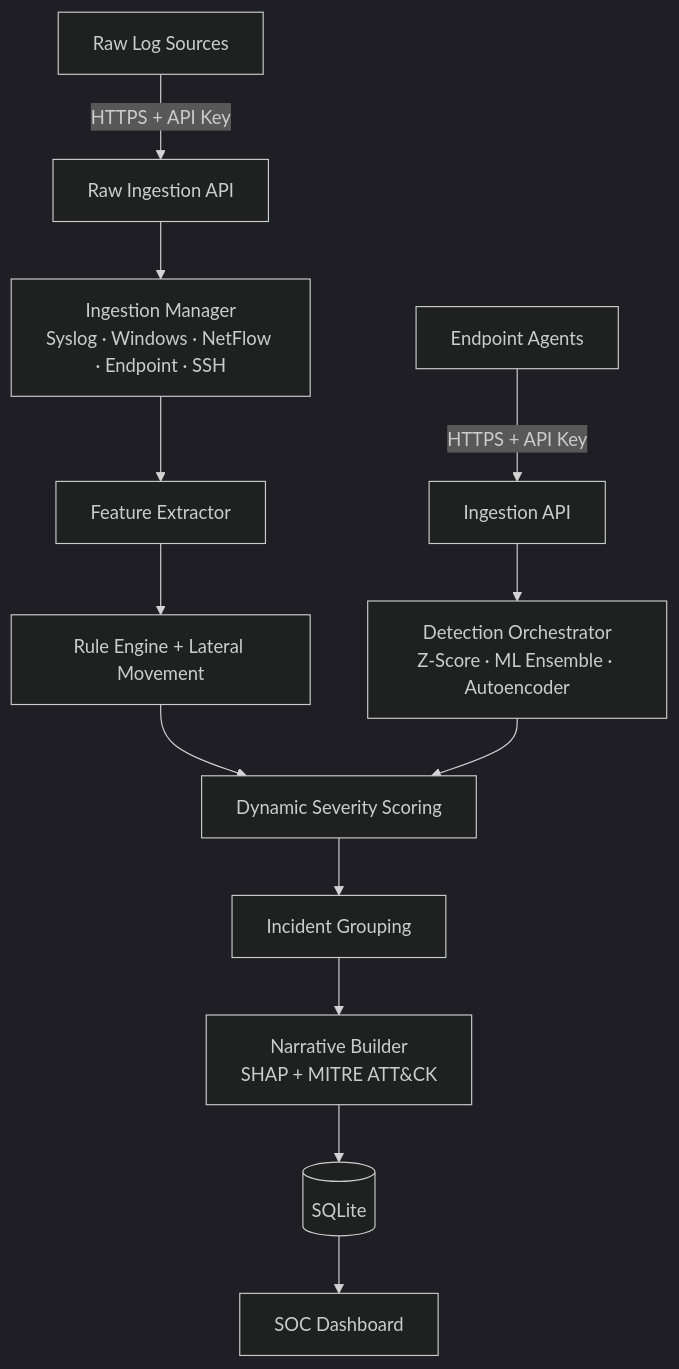
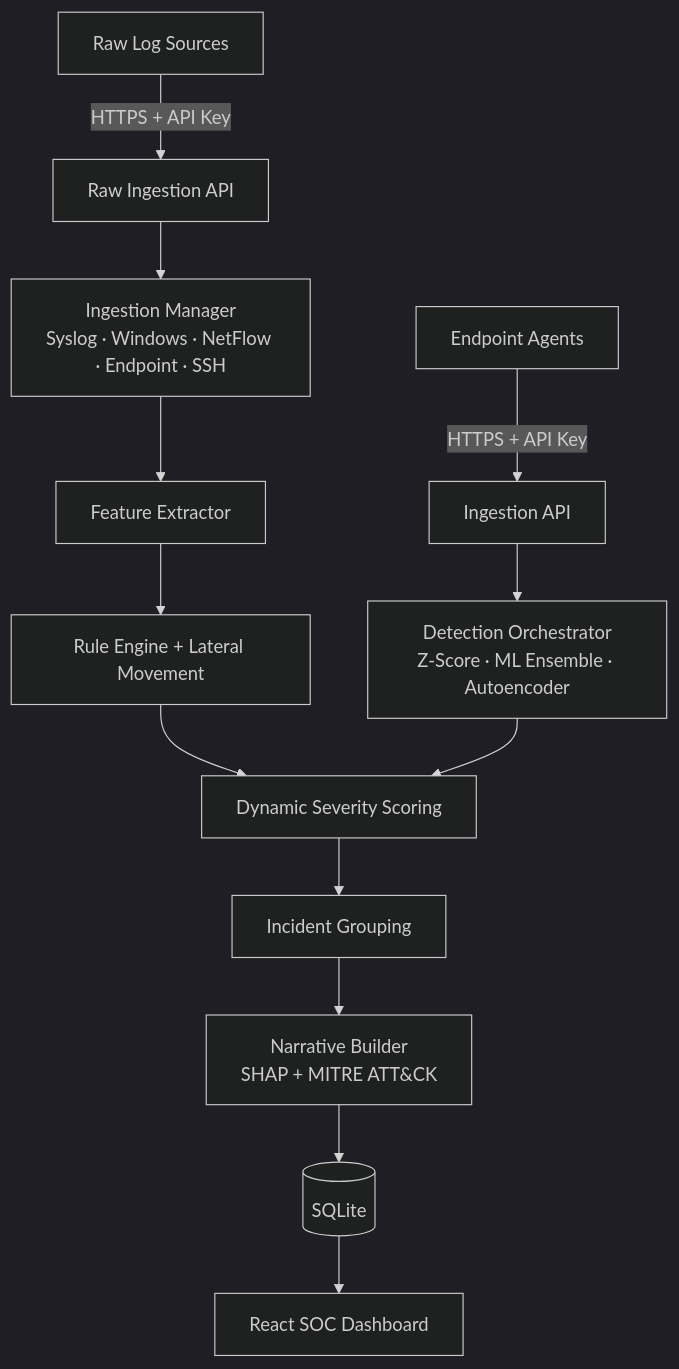
Before and after one commit to tsmanral/ai-security-log-agent: the diagram in README.md, drawn with Mermaid (dark theme). The commit also changed other lines of this file and 12 other files, not shown here.

````diff
--- a/README.md
+++ b/README.md
@@ -83,15 +85,15 @@
 ```mermaid
 graph TD
     A[Endpoint Agents] -->|HTTPS + API Key| B[Ingestion API]
     R[Raw Log Sources] -->|HTTPS + API Key| V[Raw Ingestion API]
     V --> IM[Ingestion Manager<br/>Syslog · Windows · NetFlow · Endpoint · SSH]
     IM --> FE[Feature Extractor]
     B --> C[Detection Orchestrator<br/>Z-Score · ML Ensemble · Autoencoder]
     FE --> RE[Rule Engine + Lateral Movement]
     RE --> SV[Dynamic Severity Scoring]
     C --> SV
     SV --> INC[Incident Grouping]
     INC --> NB[Narrative Builder<br/>SHAP + MITRE ATT&CK]
     NB --> DB[(SQLite)]
-    DB --> DASH[SOC Dashboard]
+    DB --> DASH[React SOC Dashboard]
 ```
````
